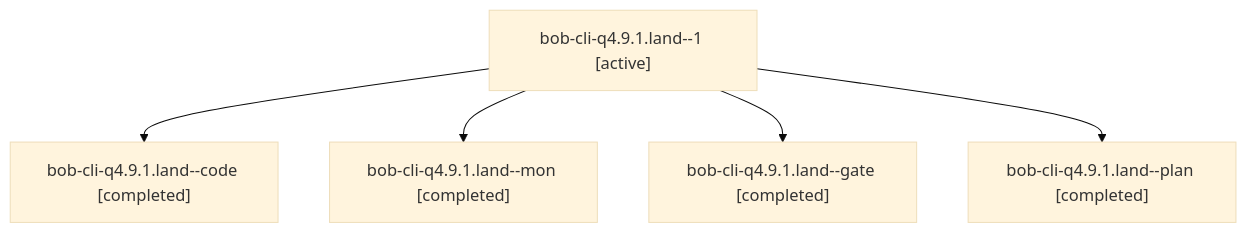
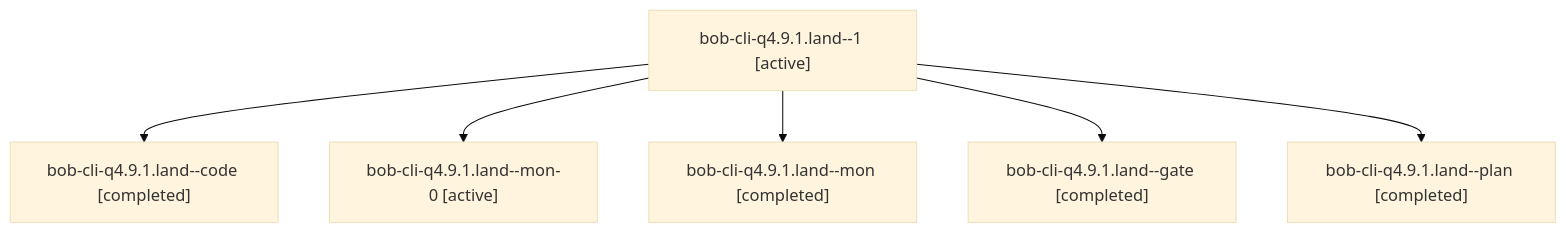
One commit to bobs-org/bob-cli--agents changed the diagram in sessions/bbugyi200.athena.bob-cli-q4.9.1.land.md. Above: the diagram before and after it, drawn with Mermaid (base theme). The commit also changed other lines of this file and 105 other files, not shown here.

````diff
--- a/sessions/bbugyi200.athena.bob-cli-q4.9.1.land.md
+++ b/sessions/bbugyi200.athena.bob-cli-q4.9.1.land.md
@@ -9,12 +9,14 @@
 ```mermaid
 flowchart TD
   n0["bob-cli-q4.9.1.land--1 [active]"]
   n1["bob-cli-q4.9.1.land--code [completed]"]
   n0 --> n1
-  n2["bob-cli-q4.9.1.land--mon [completed]"]
+  n2["bob-cli-q4.9.1.land--mon-0 [active]"]
   n0 --> n2
-  n3["bob-cli-q4.9.1.land--gate [completed]"]
+  n3["bob-cli-q4.9.1.land--mon [completed]"]
   n0 --> n3
-  n4["bob-cli-q4.9.1.land--plan [completed]"]
+  n4["bob-cli-q4.9.1.land--gate [completed]"]
   n0 --> n4
+  n5["bob-cli-q4.9.1.land--plan [completed]"]
+  n0 --> n5
 ```
````
